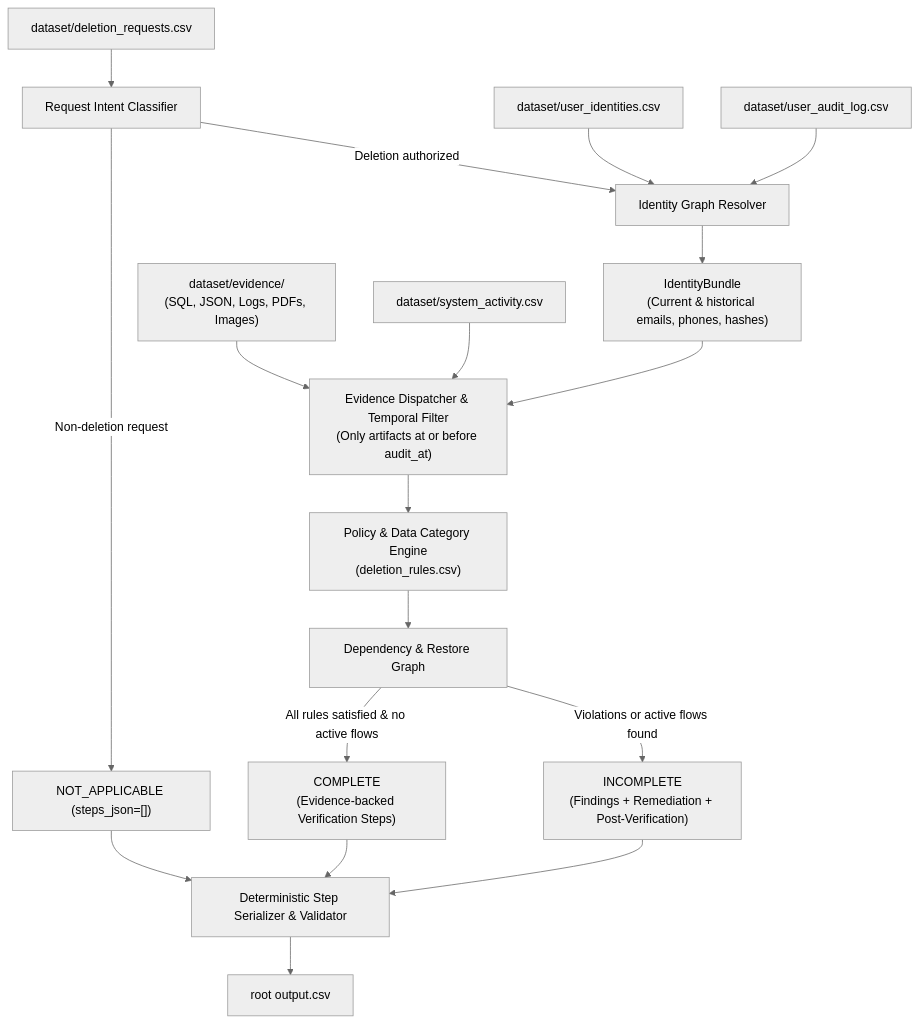
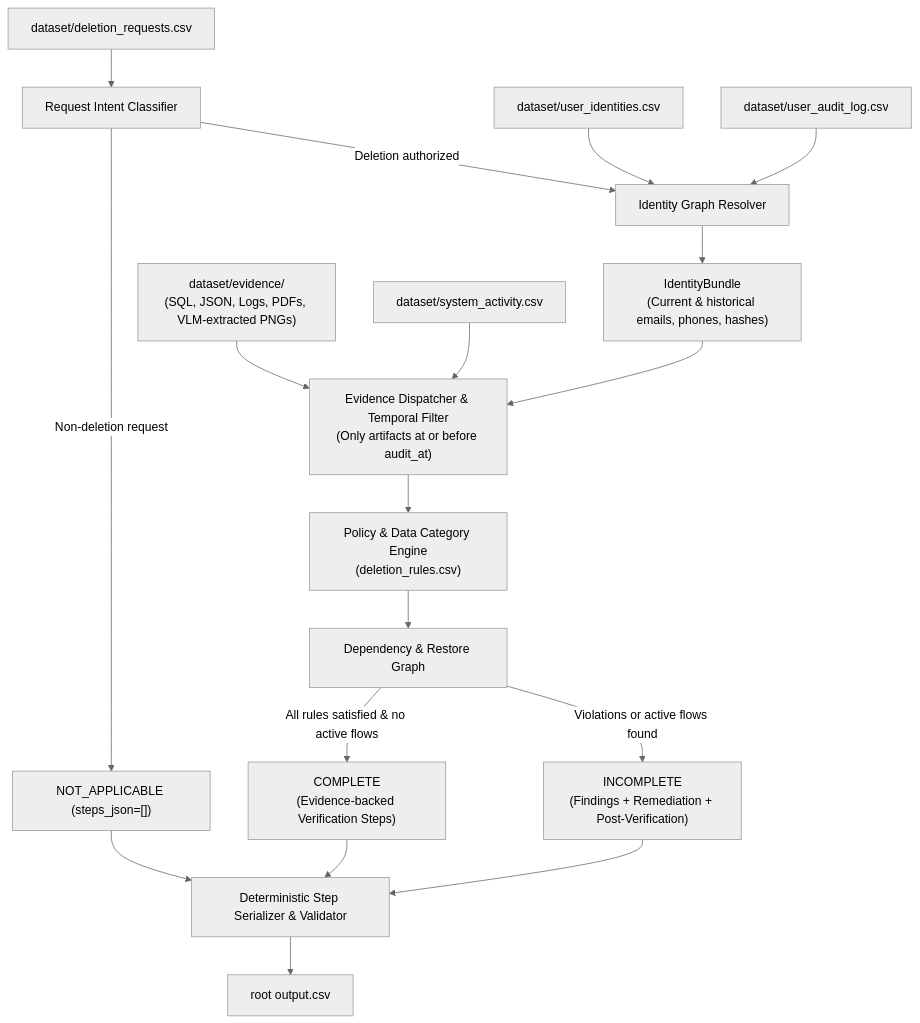
Before and after one commit to HarshadKulkarni31/hackerrank-orchestrate-oct2026: the diagram in README.md, drawn with Mermaid (neutral theme). The commit also changed other lines of this file and 5 other files, not shown here.

````diff
--- a/README.md
+++ b/README.md
@@ -22,26 +25,26 @@
 ```mermaid
 flowchart TD
     A["dataset/deletion_requests.csv"] --> B["Request Intent Classifier"]
     B -->|Non-deletion request| C["NOT_APPLICABLE (steps_json=[])"]
     B -->|Deletion authorized| D["Identity Graph Resolver"]
     
     E["dataset/user_identities.csv"] --> D
     F["dataset/user_audit_log.csv"] --> D
     
     D --> G["IdentityBundle\n(Current & historical emails, phones, hashes)"]
     G --> H["Evidence Dispatcher & Temporal Filter\n(Only artifacts at or before audit_at)"]
     
-    I["dataset/evidence/\n(SQL, JSON, Logs, PDFs, Images)"] --> H
+    I["dataset/evidence/\n(SQL, JSON, Logs, PDFs, VLM-extracted PNGs)"] --> H
     J["dataset/system_activity.csv"] --> H
     
     H --> K["Policy & Data Category Engine\n(deletion_rules.csv)"]
     K --> L["Dependency & Restore Graph"]
     
     L -->|All rules satisfied & no active flows| M["COMPLETE\n(Evidence-backed Verification Steps)"]
     L -->|Violations or active flows found| N["INCOMPLETE\n(Findings + Remediation + Post-Verification)"]
     
     M --> O["Deterministic Step Serializer & Validator"]
     N --> O
     C --> O
     O --> P["root output.csv"]
 ```
````
